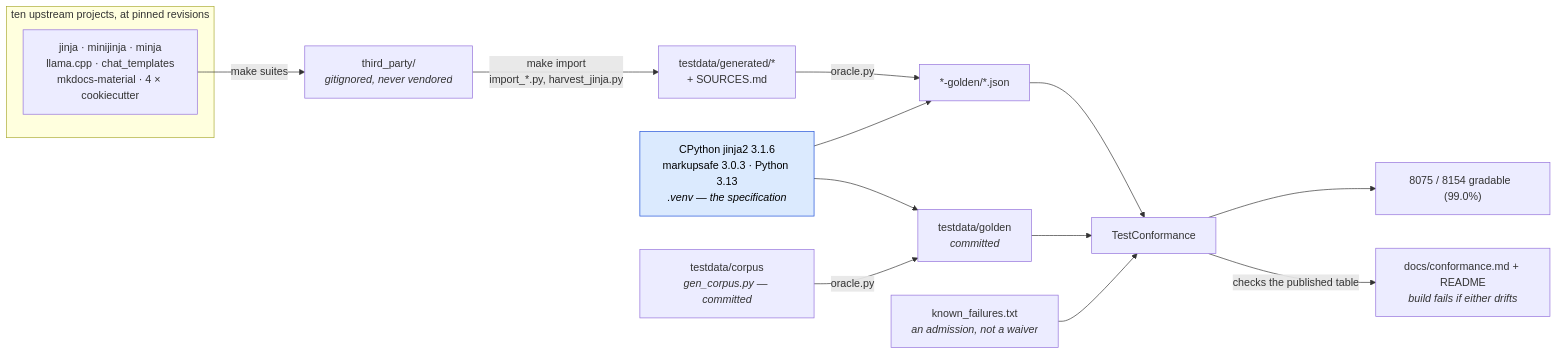
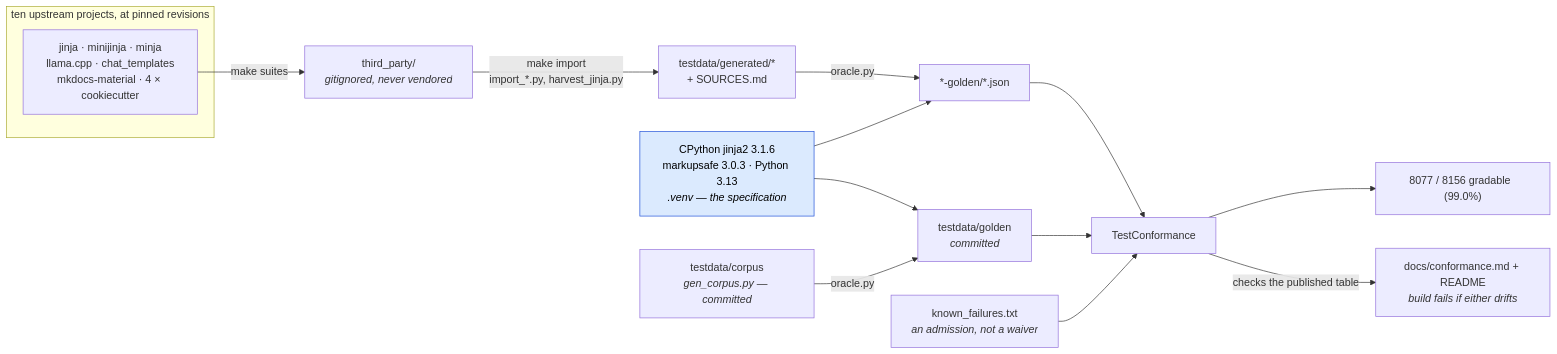
The first of 2 diagrams in docs/conformance.md (mgilbir/gojja2), drawn with Mermaid before and after one commit. The commit also changed other lines of this file and 16 other files, not shown here.

````diff
--- a/docs/conformance.md
+++ b/docs/conformance.md
@@ -17,24 +17,24 @@
 ```mermaid
 flowchart LR
     subgraph up["ten upstream projects, at pinned revisions"]
         U1["jinja · minijinja · minja<br/>llama.cpp · chat_templates<br/>mkdocs-material · 4 × cookiecutter"]
     end
     U1 -->|"make suites"| TP["third_party/<br/><i>gitignored, never vendored</i>"]
     TP -->|"make import<br/>import_*.py, harvest_jinja.py"| GEN["testdata/generated/*<br/>+ SOURCES.md"]
 
     ORA["CPython jinja2 3.1.6<br/>markupsafe 3.0.3 · Python 3.13<br/><i>.venv — the specification</i>"]
     GEN -->|"oracle.py"| G2["*-golden/*.json"]
     ORA --> G2
 
     OWN["testdata/corpus<br/><i>gen_corpus.py — committed</i>"] -->|"oracle.py"| G1["testdata/golden<br/><i>committed</i>"]
     ORA --> G1
 
     G1 --> TC["TestConformance"]
     G2 --> TC
     KF["known_failures.txt<br/><i>an admission, not a waiver</i>"] --> TC
-    TC --> RATE["8075 / 8154 gradable  (99.0%)"]
+    TC --> RATE["8077 / 8156 gradable  (99.0%)"]
     TC -->|"checks the published table"| RM["docs/conformance.md + README<br/><i>build fails if either drifts</i>"]
 
     classDef spec fill:#dbeafe,stroke:#1d4ed8,color:#000
     class ORA spec
 ```
````
